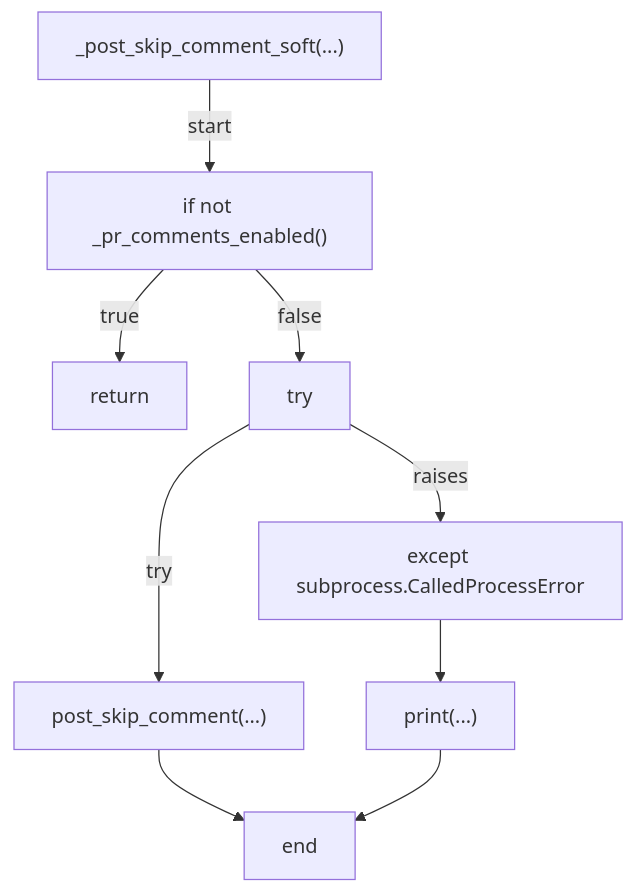
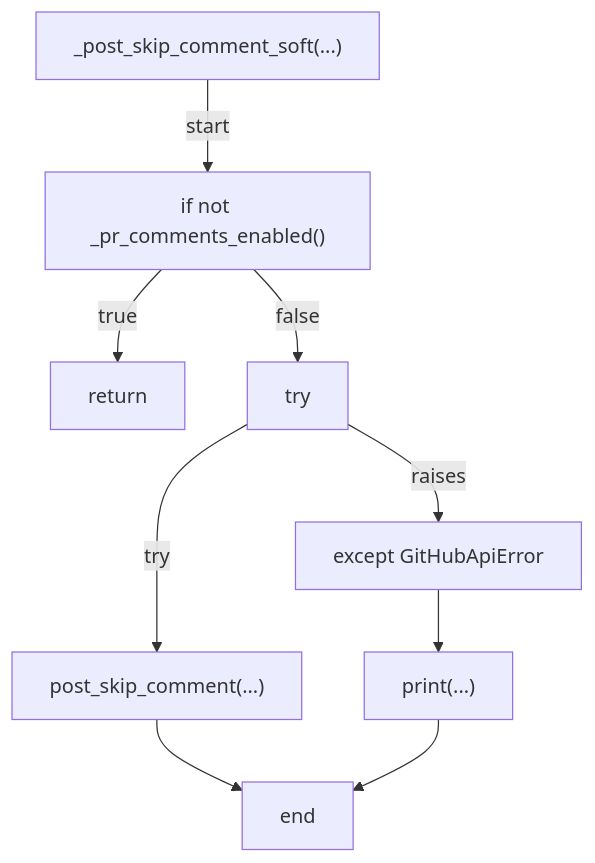
Diagram 22 of 52 in docs/generated/scripts/ast/auto_retro.md (tvna/claude-md), drawn with Mermaid before and after one commit. The commit also changed other lines of this file and 15 other files, not shown here.

First line of the commit message:
docs(generated): regenerate decision tree and workflow diagrams

````diff
--- a/docs/generated/scripts/ast/auto_retro.md
+++ b/docs/generated/scripts/ast/auto_retro.md
@@ -371,19 +362,19 @@
 ```mermaid
 flowchart TD
     N001["_post_skip_comment_soft(...)"]
     N002["if not _pr_comments_enabled()"]
     N003["return"]
     N004["try"]
     N005["post_skip_comment(...)"]
-    N006["except subprocess.CalledProcessError"]
+    N006["except GitHubApiError"]
     N007["print(...)"]
     N008["end"]
     N001 -->|"start"| N002
     N002 -->|"true"| N003
     N002 -->|"false"| N004
     N004 -->|"try"| N005
     N004 -->|"raises"| N006
     N006 --> N007
     N005 --> N008
     N007 --> N008
 ```
````
